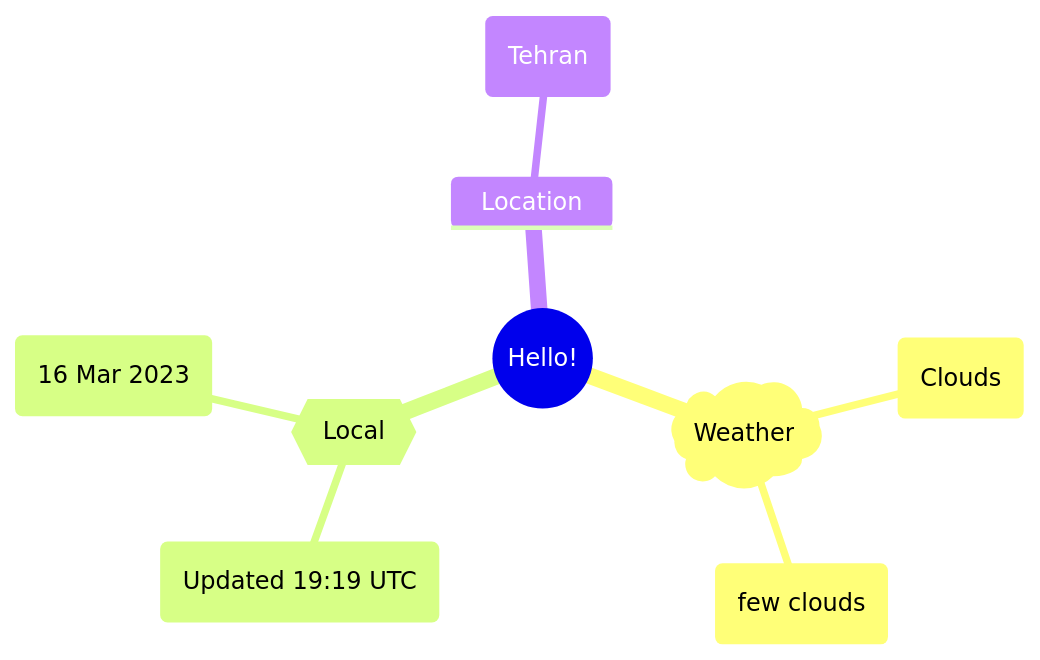
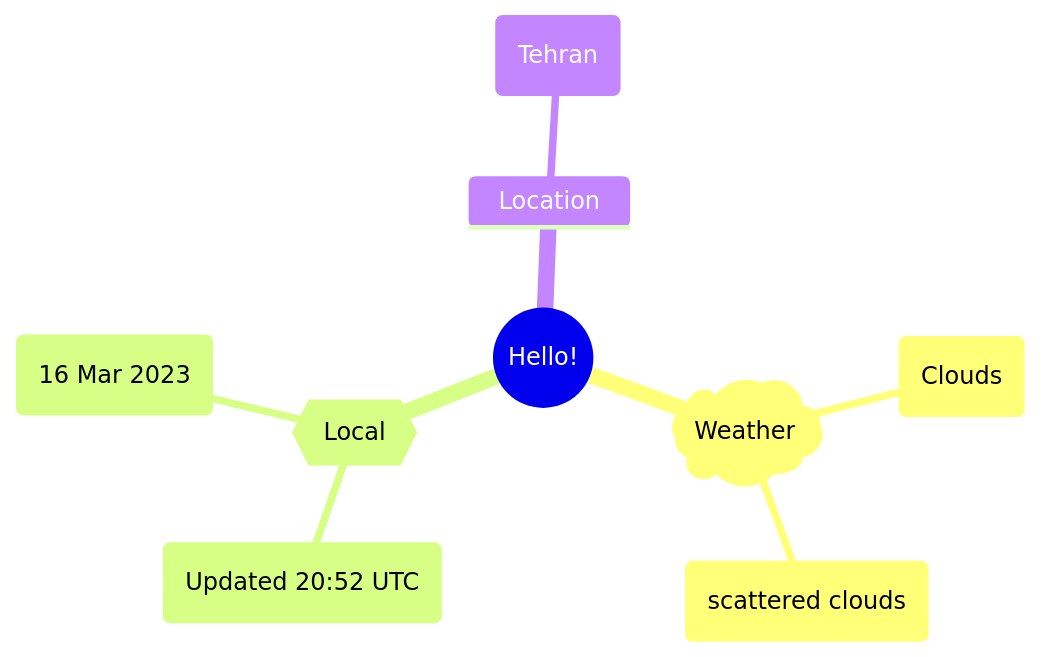
The first of 2 diagrams in README.md (Xosrov/Xosrov), drawn with Mermaid before and after one commit.

Commit message:
[bot] updated images

````diff
--- a/README.md
+++ b/README.md
@@ -3,12 +3,12 @@
 ```mermaid
 mindmap
   root((Hello!))
     )Weather(
         (Clouds)
-        (few clouds)
+        (scattered clouds)
     {{Local}}
-        (Updated 19:19 UTC)
+        (Updated 20:52 UTC)
         (16 Mar 2023)
     Location
         (Tehran)
 ```
````
